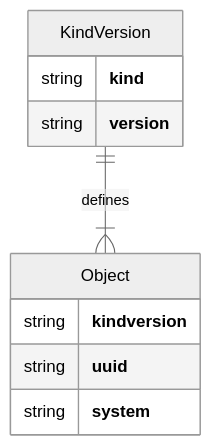
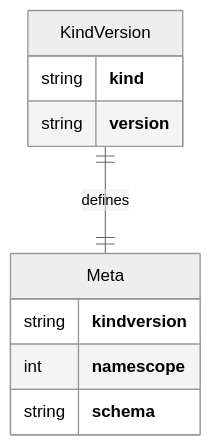
One commit to relexec/rxp changed the second of 3 diagrams in README.md. Above: the diagram before and after it, drawn with Mermaid (neutral theme). The commit also changed other lines of this file, not shown here.

````diff
--- a/README.md
+++ b/README.md
@@ -117,13 +109,13 @@
 ```mermaid
 erDiagram
-    KindVersion ||--|{ Object : defines
+    KindVersion ||--|| Meta : defines
     KindVersion {
         string **kind**
         string **version**
     }
-    Object{
+    Meta{
         string **kindversion**
-        string **uuid**
-        string **system**
+        int **namescope**
+        string **schema**
     }
 ```
````
